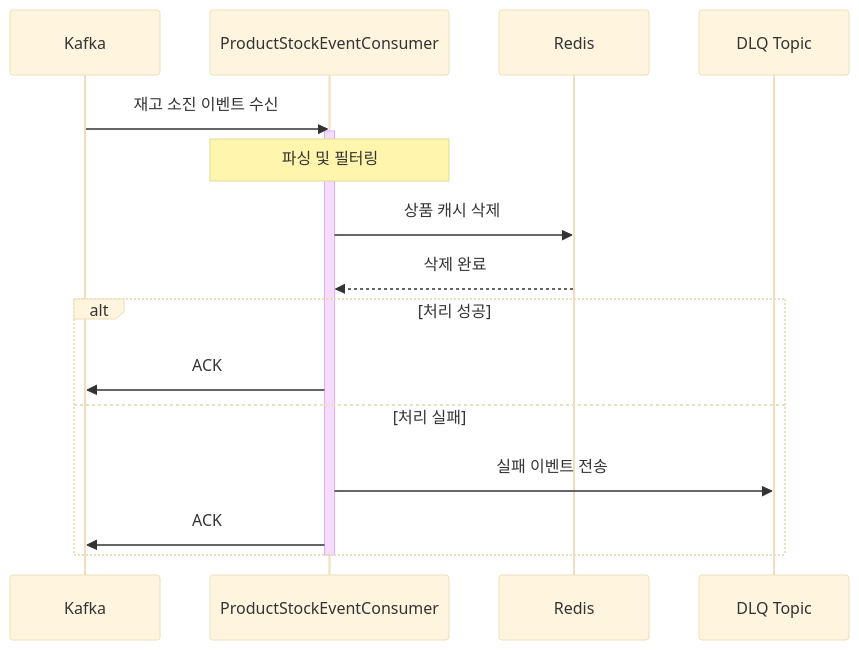
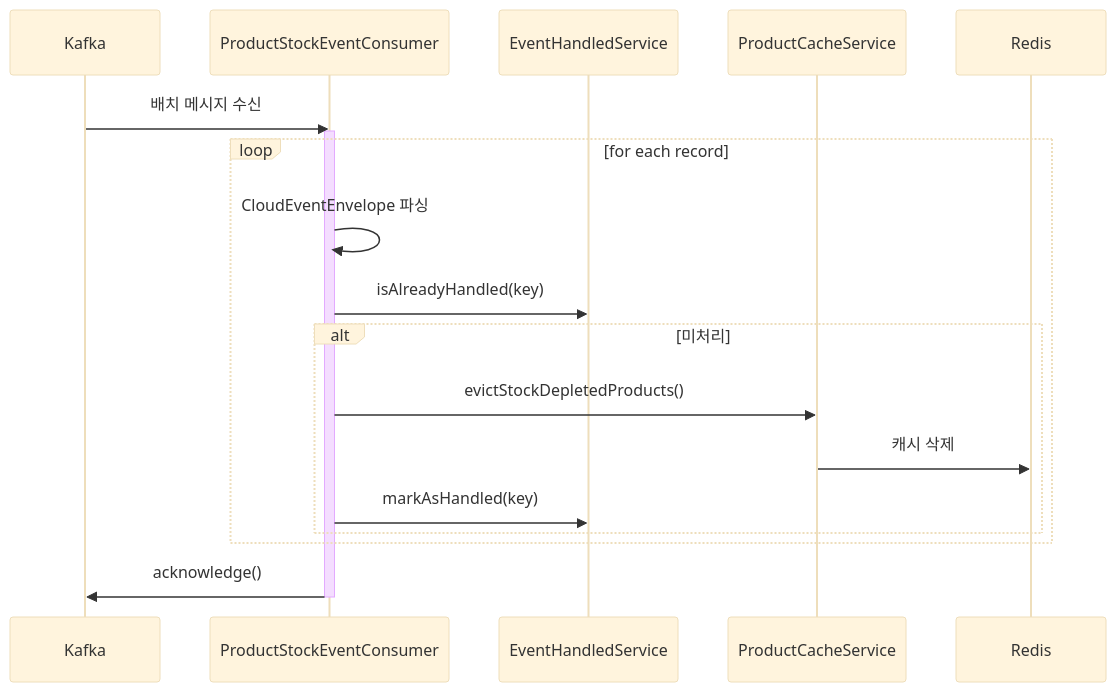
Before and after one commit to Loopers-dev-lab/loopers-spring-kotlin-template: the fifth of 5 diagrams in docs/week8/round8-solution-design.md, drawn with Mermaid (base theme). The commit also changed other lines of this file and 17 other files, not shown here.

First line of the commit message:
refactor: EventHandledService 추가 및 멱등성 처리 리팩토링

````diff
--- a/docs/week8/round8-solution-design.md
+++ b/docs/week8/round8-solution-design.md
@@ -267,20 +311,24 @@
 ```mermaid
 sequenceDiagram
     participant K as Kafka
     participant PSEC as ProductStockEventConsumer
+    participant EHS as EventHandledService
+    participant PCS as ProductCacheService
     participant Redis as Redis
-    participant DLQ as DLQ Topic
-    K ->> PSEC: 재고 소진 이벤트 수신
+
+    K ->> PSEC: 배치 메시지 수신
     activate PSEC
-    Note over PSEC: 파싱 및 필터링
-    PSEC ->> Redis: 상품 캐시 삭제
-    Redis -->> PSEC: 삭제 완료
 
-    alt 처리 성공
-        PSEC ->> K: ACK
-    else 처리 실패
-        PSEC ->> DLQ: 실패 이벤트 전송
-        PSEC ->> K: ACK
+    loop for each record
+        PSEC ->> PSEC: CloudEventEnvelope 파싱
+        PSEC ->> EHS: isAlreadyHandled(key)
+        alt 미처리
+            PSEC ->> PCS: evictStockDepletedProducts()
+            PCS ->> Redis: 캐시 삭제
+            PSEC ->> EHS: markAsHandled(key)
+        end
     end
+
+    PSEC ->> K: acknowledge()
     deactivate PSEC
 ```
````
